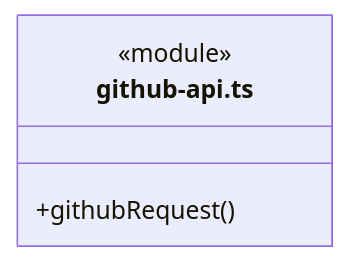
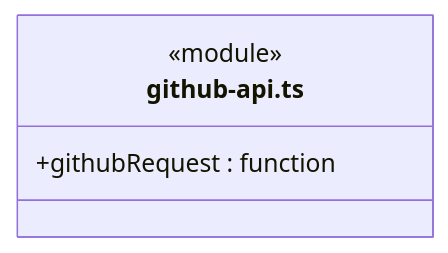
One commit to nan023062/cbim changed the first of 9 diagrams in src/logic/feedback/service/ARCHITECTURE.md. Above: the diagram before and after it, drawn with Mermaid. The commit also changed other lines of this file and 137 other files, not shown here.

Commit message:
fix: align architecture generator with documentation standards

````diff
--- a/src/logic/feedback/service/ARCHITECTURE.md
+++ b/src/logic/feedback/service/ARCHITECTURE.md
@@ -97,7 +99,7 @@
 ```mermaid
 classDiagram
 class N_src_logic_feedback_service_github_api_ts["github-api.ts"] {
   <<module>>
-  +githubRequest()
+  +githubRequest : function
 }
 ```
````
